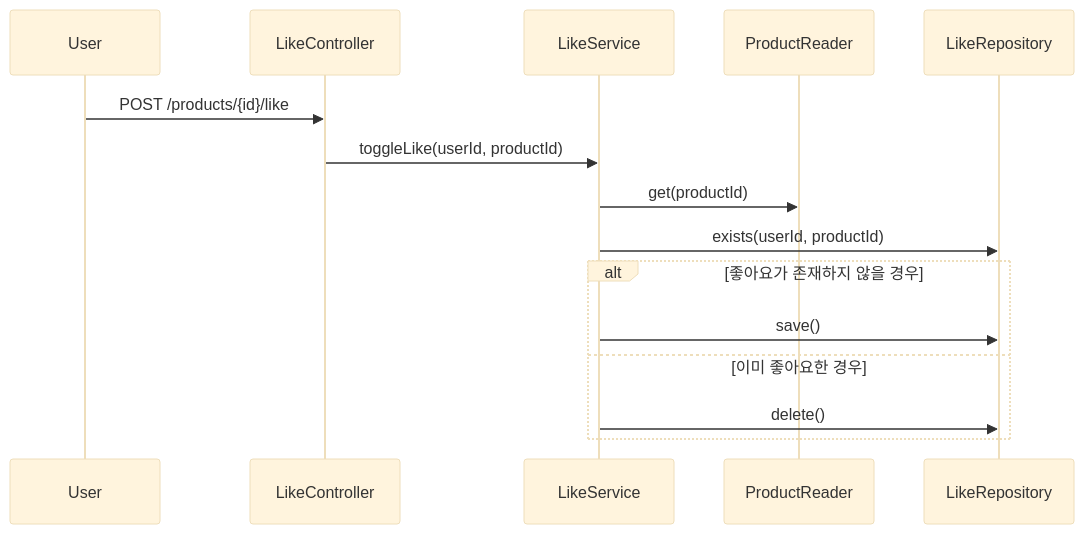
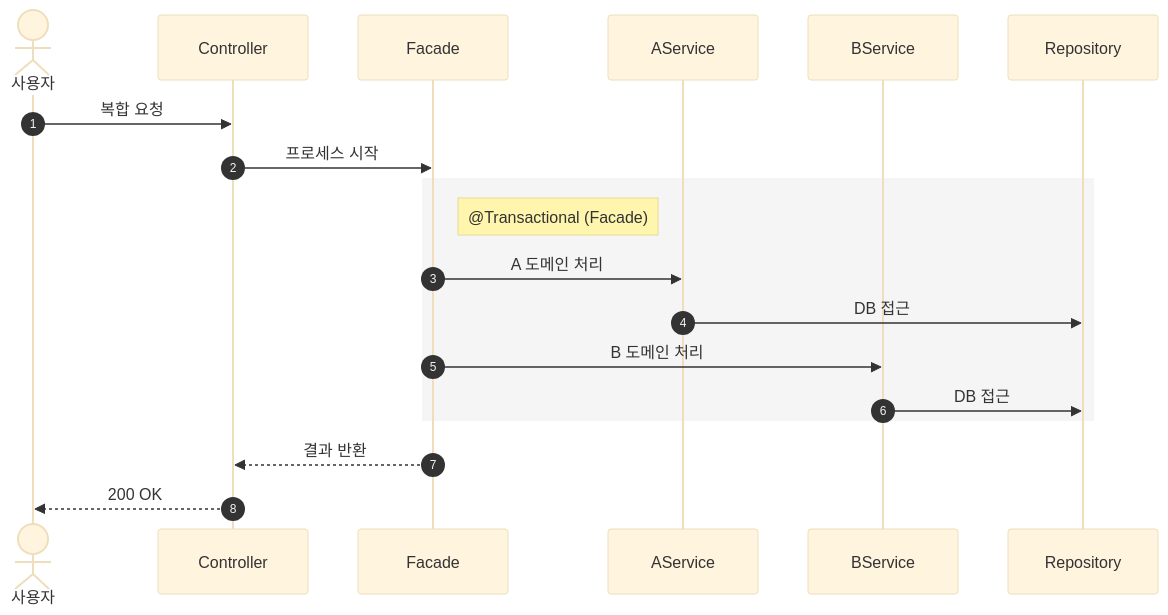
Before and after one commit to Loopers-dev-lab/loop-pack-be-l2-vol3-kotlin: the second of 3 diagrams in .claude/skills/sequence/SKILL.md, drawn with Mermaid (base theme). The commit also changed other lines of this file and 5 other files, not shown here.

````diff
--- a/.claude/skills/sequence/SKILL.md
+++ b/.claude/skills/sequence/SKILL.md
@@ -31,20 +105,24 @@
 ```mermaid
 sequenceDiagram
-    participant User
-    participant LikeController
-    participant LikeService
-    participant ProductReader
-    participant LikeRepository
-    User ->> LikeController: POST /products/{id}/like
-    LikeController ->> LikeService: toggleLike(userId, productId)
-    LikeService ->> ProductReader: get(productId)
-    LikeService ->> LikeRepository: exists(userId, productId)
+    autonumber
+    actor User as 사용자
+    participant C as Controller
+    participant F as Facade
+    participant AS as AService
+    participant BS as BService
+    participant R as Repository
 
-    alt 좋아요가 존재하지 않을 경우
-        LikeService ->> LikeRepository: save()
+    User ->> C: 복합 요청
+    C ->> F: 프로세스 시작
 
-    else 이미 좋아요한 경우
-        LikeService ->> LikeRepository: delete()
+    rect rgb(245, 245, 245)
+        Note right of F: @Transactional (Facade)
+        F ->> AS: A 도메인 처리
+        AS ->> R: DB 접근
+        F ->> BS: B 도메인 처리
+        BS ->> R: DB 접근
+    end
 
-    end
+    F -->> C: 결과 반환
+    C -->> User: 200 OK
 ```
````
